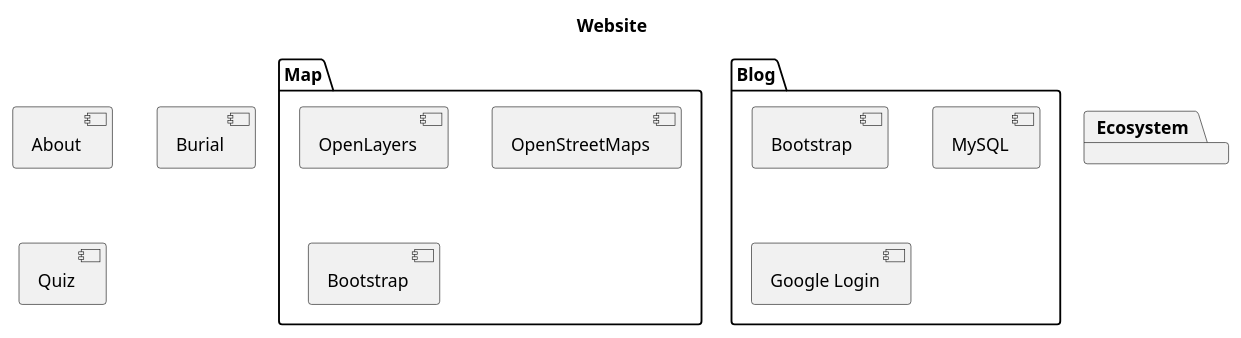
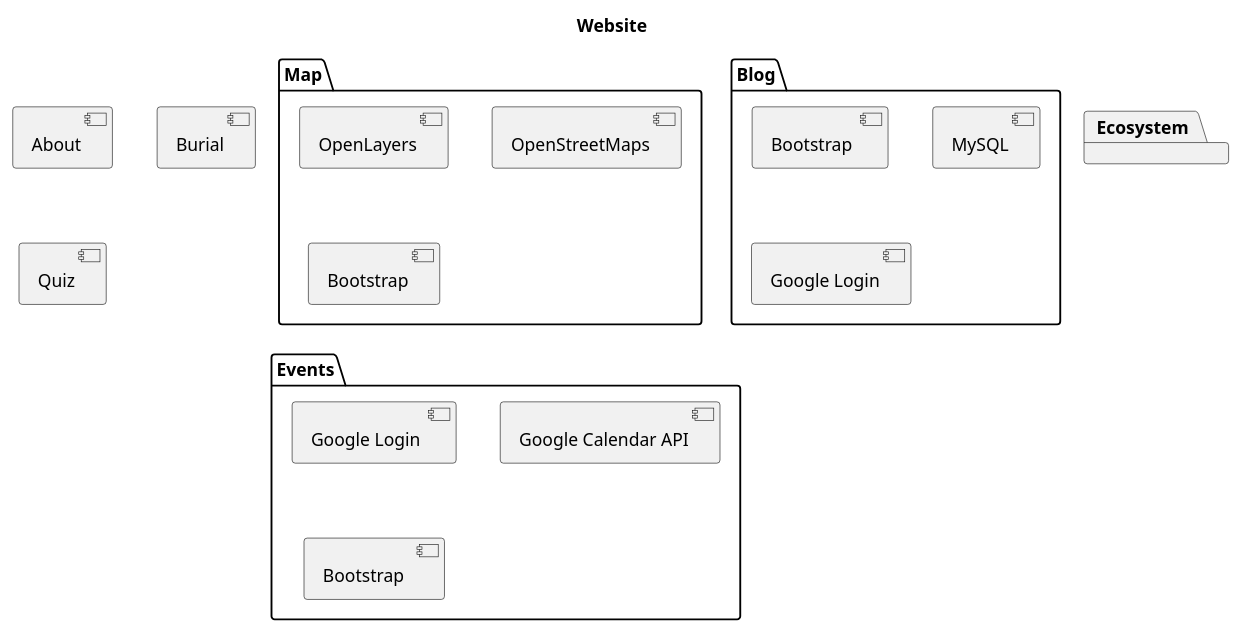
One commit to dibshift/CSCI34282023Project changed the diagram in UMLAssignment.puml. Above: the diagram before and after it, drawn with PlantUML.

```diff
--- a/UMLAssignment.puml
+++ b/UMLAssignment.puml
@@ -1,26 +1,33 @@
 @startuml
 
 title Website
 
 package "Map" {
   [OpenLayers]
   [OpenStreetMaps]
   [Bootstrap]
 }
 
 [About]
 
 package "Ecosystem" {
 }
 
 [Burial]
 
 [Quiz]
 
 package "Blog" {
   [Bootstrap ]
   [MySQL]
   [Google Login]
 }
 
+
+package "Events" {
+  [Google Login ]
+  [Google Calendar API]
+  [Bootstrap  ]
+}
+
 @enduml
```
